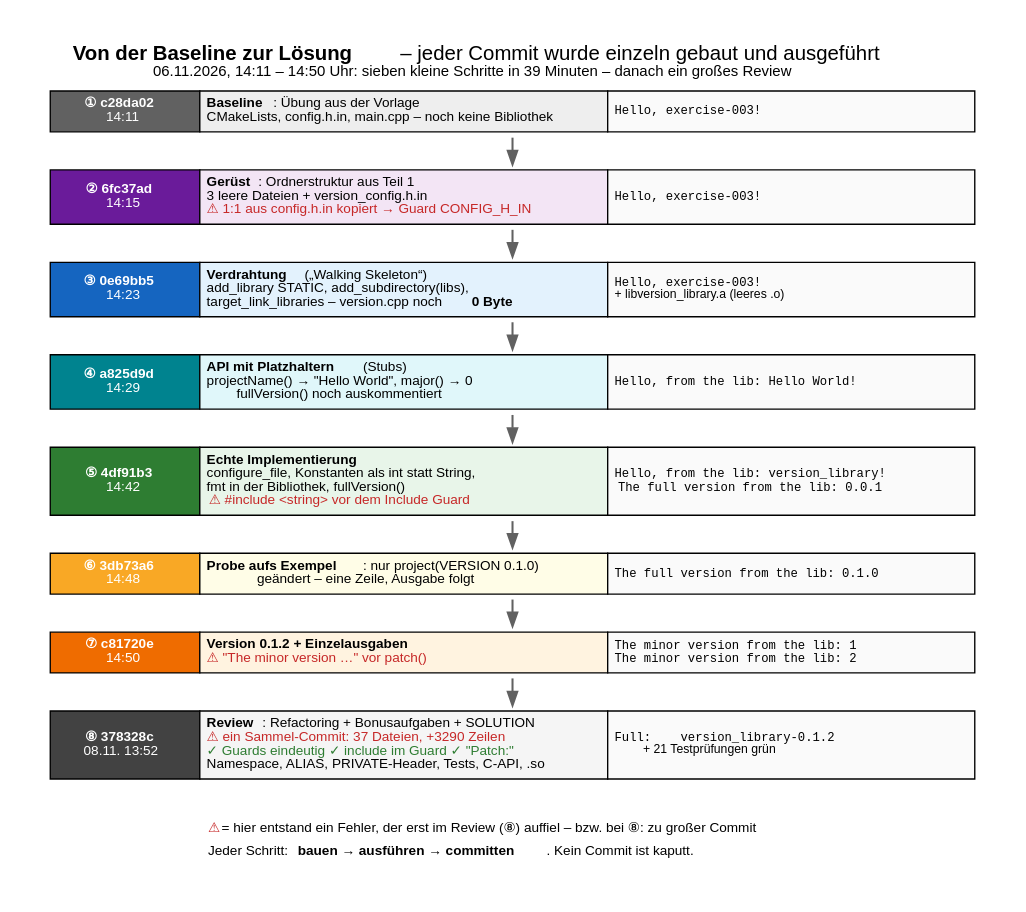
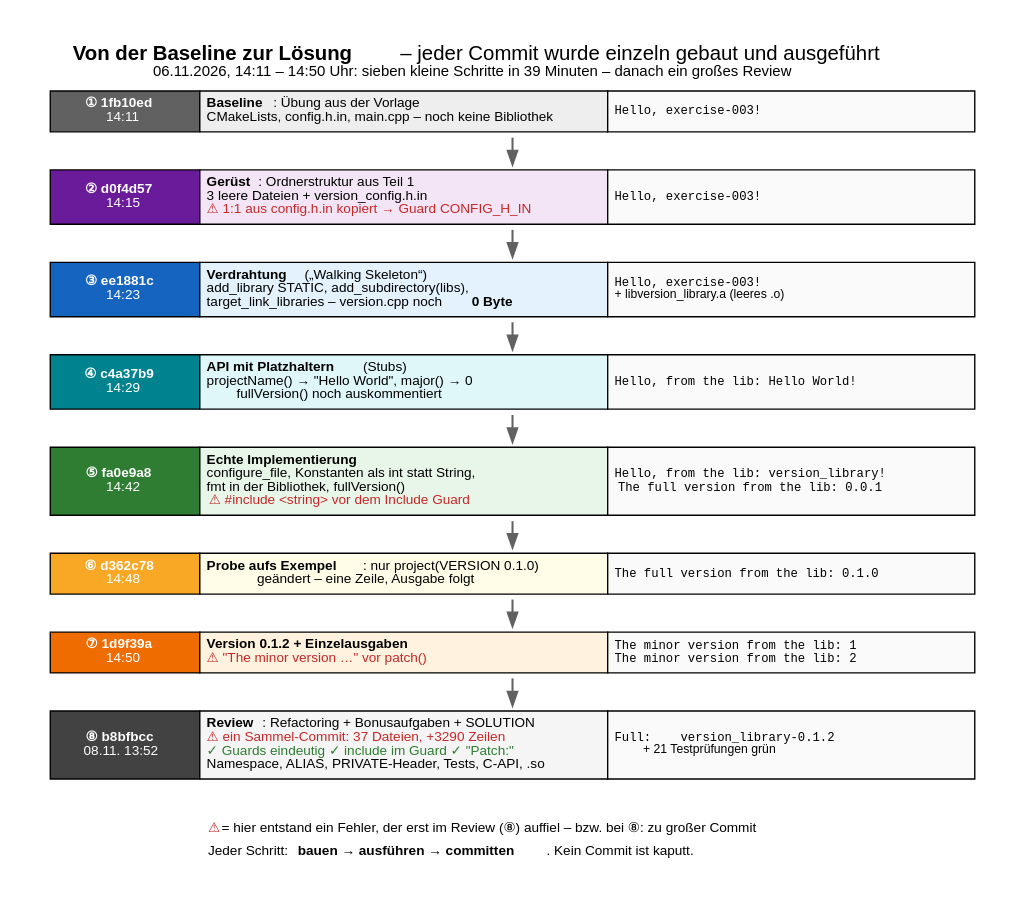
Before and after one commit to graugans/tea24: the diagram in exercise-003/doc/12_git_history.dot, drawn with Graphviz. The commit also changed 4 other files, not shown here.

```diff
--- a/exercise-003/doc/12_git_history.dot
+++ b/exercise-003/doc/12_git_history.dot
@@ -1,67 +1,67 @@
 // Wie Übung 003 iterativ entstanden ist – jeder Commit baut und läuft (geprüft mit git archive + cmake)
 digraph history {
     rankdir=TB;
     graph [fontname="Helvetica", bgcolor="white", pad=0.3, nodesep=0.3, ranksep=0.28,
            label=<<b>Von der Baseline zur Lösung</b> – jeder Commit wurde einzeln gebaut und ausgeführt<br/><font point-size="11">06.11.2026, 14:11 – 14:50 Uhr: sieben kleine Schritte in 39 Minuten – danach ein großes Review</font>>,
            labelloc=t, fontsize=15];
     node [fontname="Helvetica", fontsize=10, shape=plaintext];
     edge [fontname="Helvetica", fontsize=9, color="#616161", penwidth=1.5];
 
     s1 [label=<
       <table border="0" cellborder="1" cellspacing="0" cellpadding="4">
-        <tr><td bgcolor="#616161" width="110"><font color="white"><b>① c28da02</b><br/>14:11</font></td>
+        <tr><td bgcolor="#616161" width="110"><font color="white"><b>① 1fb10ed</b><br/>14:11</font></td>
             <td bgcolor="#eeeeee" align="left" width="300"><b>Baseline</b>: Übung aus der Vorlage<br align="left"/>CMakeLists, config.h.in, main.cpp – noch keine Bibliothek</td>
             <td bgcolor="#fafafa" align="left" width="270"><font face="Courier" point-size="9">Hello, exercise-003!</font></td></tr>
       </table>>];
     s2 [label=<
       <table border="0" cellborder="1" cellspacing="0" cellpadding="4">
-        <tr><td bgcolor="#6a1b9a" width="110"><font color="white"><b>② 6fc37ad</b><br/>14:15</font></td>
+        <tr><td bgcolor="#6a1b9a" width="110"><font color="white"><b>② d0f4d57</b><br/>14:15</font></td>
             <td bgcolor="#f3e5f5" align="left" width="300"><b>Gerüst</b>: Ordnerstruktur aus Teil 1<br align="left"/>3 leere Dateien + version_config.h.in<br align="left"/><font color="#c62828">⚠ 1:1 aus config.h.in kopiert → Guard CONFIG_H_IN</font></td>
             <td bgcolor="#fafafa" align="left" width="270"><font face="Courier" point-size="9">Hello, exercise-003!</font></td></tr>
       </table>>];
     s3 [label=<
       <table border="0" cellborder="1" cellspacing="0" cellpadding="4">
-        <tr><td bgcolor="#1565c0" width="110"><font color="white"><b>③ 0e69bb5</b><br/>14:23</font></td>
+        <tr><td bgcolor="#1565c0" width="110"><font color="white"><b>③ ee1881c</b><br/>14:23</font></td>
             <td bgcolor="#e3f2fd" align="left" width="300"><b>Verdrahtung</b> („Walking Skeleton“)<br align="left"/>add_library STATIC, add_subdirectory(libs),<br align="left"/>target_link_libraries – version.cpp noch <b>0 Byte</b></td>
             <td bgcolor="#fafafa" align="left" width="270"><font face="Courier" point-size="9">Hello, exercise-003!</font><br align="left"/><font point-size="9">+ libversion_library.a (leeres .o)</font></td></tr>
       </table>>];
     s4 [label=<
       <table border="0" cellborder="1" cellspacing="0" cellpadding="4">
-        <tr><td bgcolor="#00838f" width="110"><font color="white"><b>④ a825d9d</b><br/>14:29</font></td>
+        <tr><td bgcolor="#00838f" width="110"><font color="white"><b>④ c4a37b9</b><br/>14:29</font></td>
             <td bgcolor="#e0f7fa" align="left" width="300"><b>API mit Platzhaltern</b> (Stubs)<br align="left"/>projectName() → "Hello World", major() → 0<br align="left"/>fullVersion() noch auskommentiert</td>
             <td bgcolor="#fafafa" align="left" width="270"><font face="Courier" point-size="9">Hello, from the lib: Hello World!</font></td></tr>
       </table>>];
     s5 [label=<
       <table border="0" cellborder="1" cellspacing="0" cellpadding="4">
-        <tr><td bgcolor="#2e7d32" width="110"><font color="white"><b>⑤ 4df91b3</b><br/>14:42</font></td>
+        <tr><td bgcolor="#2e7d32" width="110"><font color="white"><b>⑤ fa0e9a8</b><br/>14:42</font></td>
             <td bgcolor="#e8f5e9" align="left" width="300"><b>Echte Implementierung</b><br align="left"/>configure_file, Konstanten als int statt String,<br align="left"/>fmt in der Bibliothek, fullVersion()<br align="left"/><font color="#c62828">⚠ #include &lt;string&gt; vor dem Include Guard</font></td>
             <td bgcolor="#fafafa" align="left" width="270"><font face="Courier" point-size="9">Hello, from the lib: version_library!<br align="left"/>The full version from the lib: 0.0.1</font></td></tr>
       </table>>];
     s6 [label=<
       <table border="0" cellborder="1" cellspacing="0" cellpadding="4">
-        <tr><td bgcolor="#f9a825" width="110"><font color="white"><b>⑥ 3db73a6</b><br/>14:48</font></td>
+        <tr><td bgcolor="#f9a825" width="110"><font color="white"><b>⑥ d362c78</b><br/>14:48</font></td>
             <td bgcolor="#fffde7" align="left" width="300"><b>Probe aufs Exempel</b>: nur project(VERSION 0.1.0)<br align="left"/>geändert – eine Zeile, Ausgabe folgt</td>
             <td bgcolor="#fafafa" align="left" width="270"><font face="Courier" point-size="9">The full version from the lib: 0.1.0</font></td></tr>
       </table>>];
     s7 [label=<
       <table border="0" cellborder="1" cellspacing="0" cellpadding="4">
-        <tr><td bgcolor="#ef6c00" width="110"><font color="white"><b>⑦ c81720e</b><br/>14:50</font></td>
+        <tr><td bgcolor="#ef6c00" width="110"><font color="white"><b>⑦ 1d9f39a</b><br/>14:50</font></td>
             <td bgcolor="#fff3e0" align="left" width="300"><b>Version 0.1.2 + Einzelausgaben</b><br align="left"/><font color="#c62828">⚠ "The minor version …" vor patch()</font></td>
             <td bgcolor="#fafafa" align="left" width="270"><font face="Courier" point-size="9">The minor version from the lib: 1<br align="left"/>The minor version from the lib: 2</font></td></tr>
       </table>>];
     s8 [label=<
       <table border="0" cellborder="1" cellspacing="0" cellpadding="4">
-        <tr><td bgcolor="#424242" width="110"><font color="white"><b>⑧ 378328c</b><br/>08.11. 13:52</font></td>
+        <tr><td bgcolor="#424242" width="110"><font color="white"><b>⑧ b8bfbcc</b><br/>08.11. 13:52</font></td>
             <td bgcolor="#f5f5f5" align="left" width="300"><b>Review</b>: Refactoring + Bonusaufgaben + SOLUTION<br align="left"/><font color="#c62828">⚠ ein Sammel-Commit: 37 Dateien, +3290 Zeilen</font><br align="left"/><font color="#2e7d32">✓ Guards eindeutig ✓ include im Guard ✓ "Patch:"</font><br align="left"/>Namespace, ALIAS, PRIVATE-Header, Tests, C-API, .so</td>
             <td bgcolor="#fafafa" align="left" width="270"><font face="Courier" point-size="9">Full:    version_library-0.1.2</font><br align="left"/><font point-size="9">+ 21 Testprüfungen grün</font></td></tr>
       </table>>];
 
     s1 -> s2 -> s3 -> s4 -> s5 -> s6 -> s7 -> s8;
 
     legend [label=<
       <table border="0" cellborder="0" cellspacing="2" cellpadding="2">
         <tr><td align="left"><font color="#c62828">⚠</font> = hier entstand ein Fehler, der erst im Review (⑧) auffiel – bzw. bei ⑧: zu großer Commit</td></tr>
         <tr><td align="left">Jeder Schritt: <b>bauen → ausführen → committen</b>. Kein Commit ist kaputt.</td></tr>
       </table>>];
     s8 -> legend [style=invis];
 }
```
